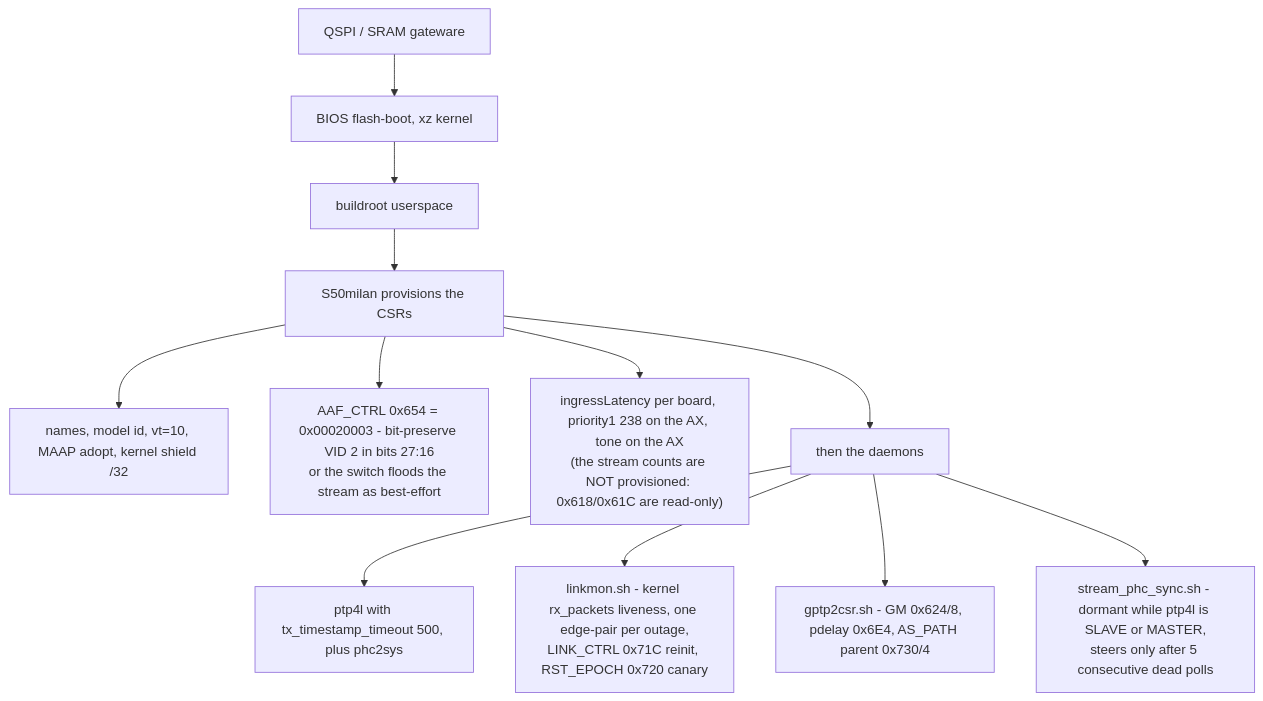
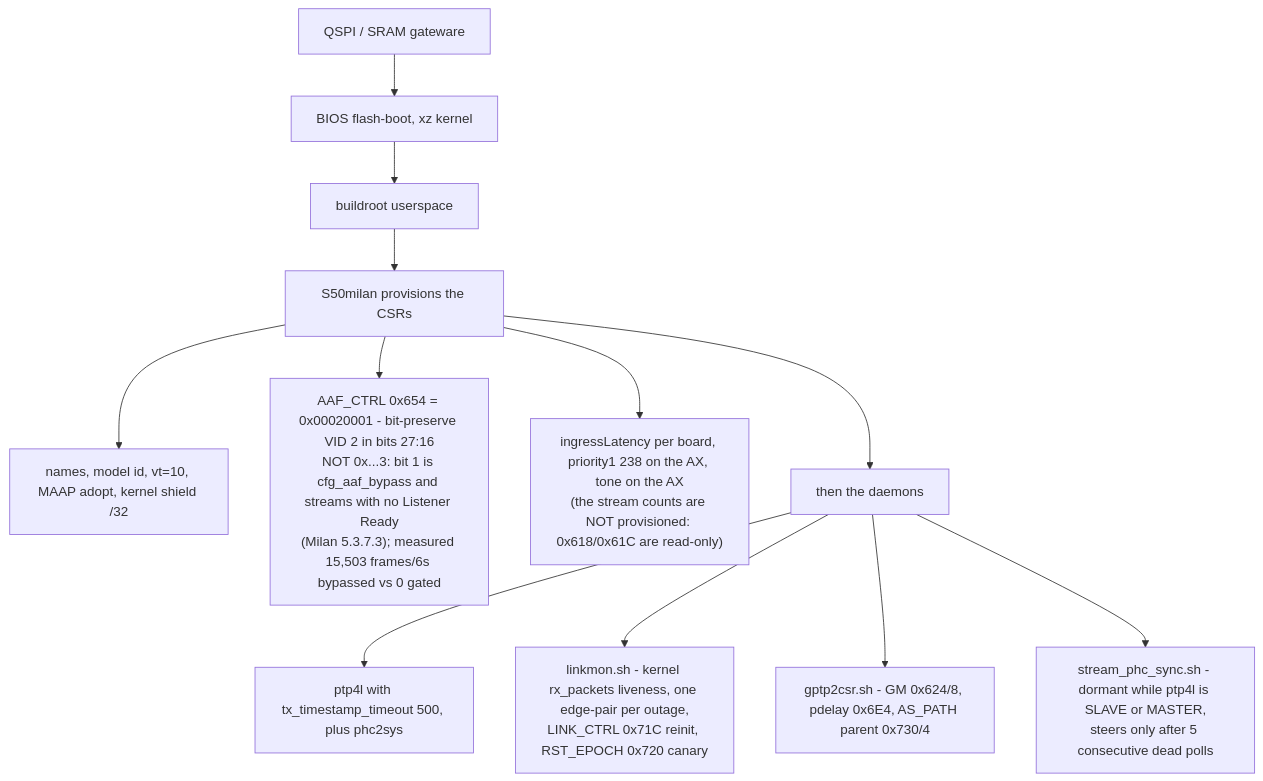
Before and after one commit to kebag-logic/milan-fpga: the third of 3 diagrams in docs/findings/BENCH_TOPOLOGY.md, drawn with Mermaid. The commit also changed other lines of this file, not shown here.

````diff
--- a/docs/findings/BENCH_TOPOLOGY.md
+++ b/docs/findings/BENCH_TOPOLOGY.md
@@ -226,14 +235,14 @@
 ```mermaid
 flowchart TB
     Q["QSPI / SRAM gateware"] --> B["BIOS flash-boot, xz kernel"]
     B --> BR["buildroot userspace"]
     BR --> S["S50milan provisions the CSRs"]
     S --> S1["names, model id, vt=10, MAAP adopt, kernel shield /32"]
-    S --> S2["AAF_CTRL 0x654 = 0x00020003 - bit-preserve VID 2 in bits 27:16<br/>or the switch floods the stream as best-effort"]
+    S --> S2["AAF_CTRL 0x654 = 0x00020001 - bit-preserve VID 2 in bits 27:16<br/>NOT 0x...3: bit 1 is cfg_aaf_bypass and streams with no Listener Ready<br/>(Milan 5.3.7.3); measured 15,503 frames/6s bypassed vs 0 gated"]
     S --> S3["ingressLatency per board, priority1 238 on the AX, tone on the AX<br/>(the stream counts are NOT provisioned: 0x618/0x61C are read-only)"]
     S --> DMN["then the daemons"]
     DMN --> D1["ptp4l with tx_timestamp_timeout 500, plus phc2sys"]
     DMN --> D2["linkmon.sh - kernel rx_packets liveness, one edge-pair per outage,<br/>LINK_CTRL 0x71C reinit, RST_EPOCH 0x720 canary"]
     DMN --> D3["gptp2csr.sh - GM 0x624/8, pdelay 0x6E4, AS_PATH parent 0x730/4"]
     DMN --> D4["stream_phc_sync.sh - dormant while ptp4l is SLAVE or MASTER,<br/>steers only after 5 consecutive dead polls"]
 ```
````
